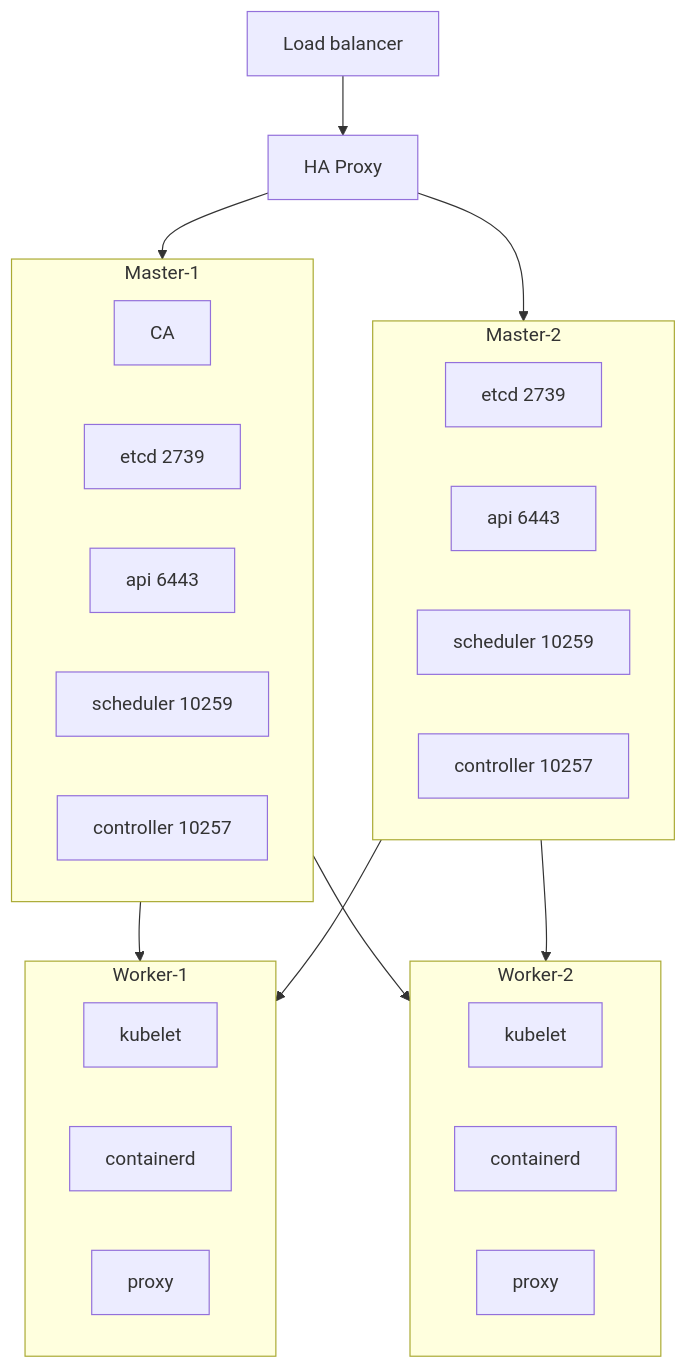
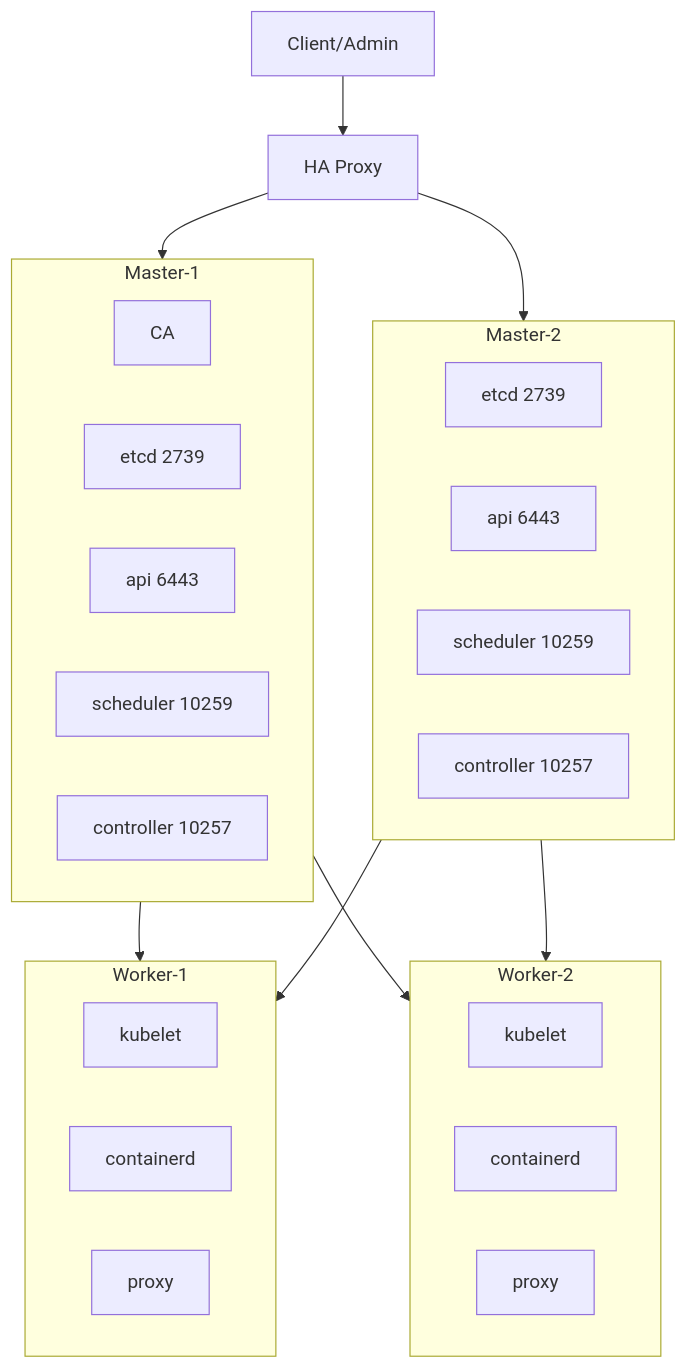
The first of 2 diagrams in README.md (pavbjj/build-k8s-ansible), drawn with Mermaid before and after one commit.

Commit message:
added mermaid diagram

````diff
--- a/README.md
+++ b/README.md
@@ -5,39 +5,39 @@
 ```mermaid
 graph TD;
-    LB[Load balancer] --> HAProxy[HA Proxy]
+    LB[Client/Admin] --> HAProxy[HA Proxy]
 
     subgraph Master-1
         CA[CA]
         etcd1[etcd 2739]
         api1[api 6443]
         scheduler1[scheduler 10259]
         controller1[controller 10257]
     end
 
     subgraph Master-2
         etcd2[etcd 2739]
         api2[api 6443]
         scheduler2[scheduler 10259]
         controller2[controller 10257]
     end
 
     subgraph Worker-1
         kubelet1[kubelet]
         containerd1[containerd]
         proxy1[proxy]
     end
 
     subgraph Worker-2
         kubelet2[kubelet]
         containerd2[containerd]
         proxy2[proxy]
     end
 
     HAProxy --> Master-1
     HAProxy --> Master-2
 
     Master-1 --> Worker-1
     Master-1 --> Worker-2
     Master-2 --> Worker-1
     Master-2 --> Worker-2
 ```
````
